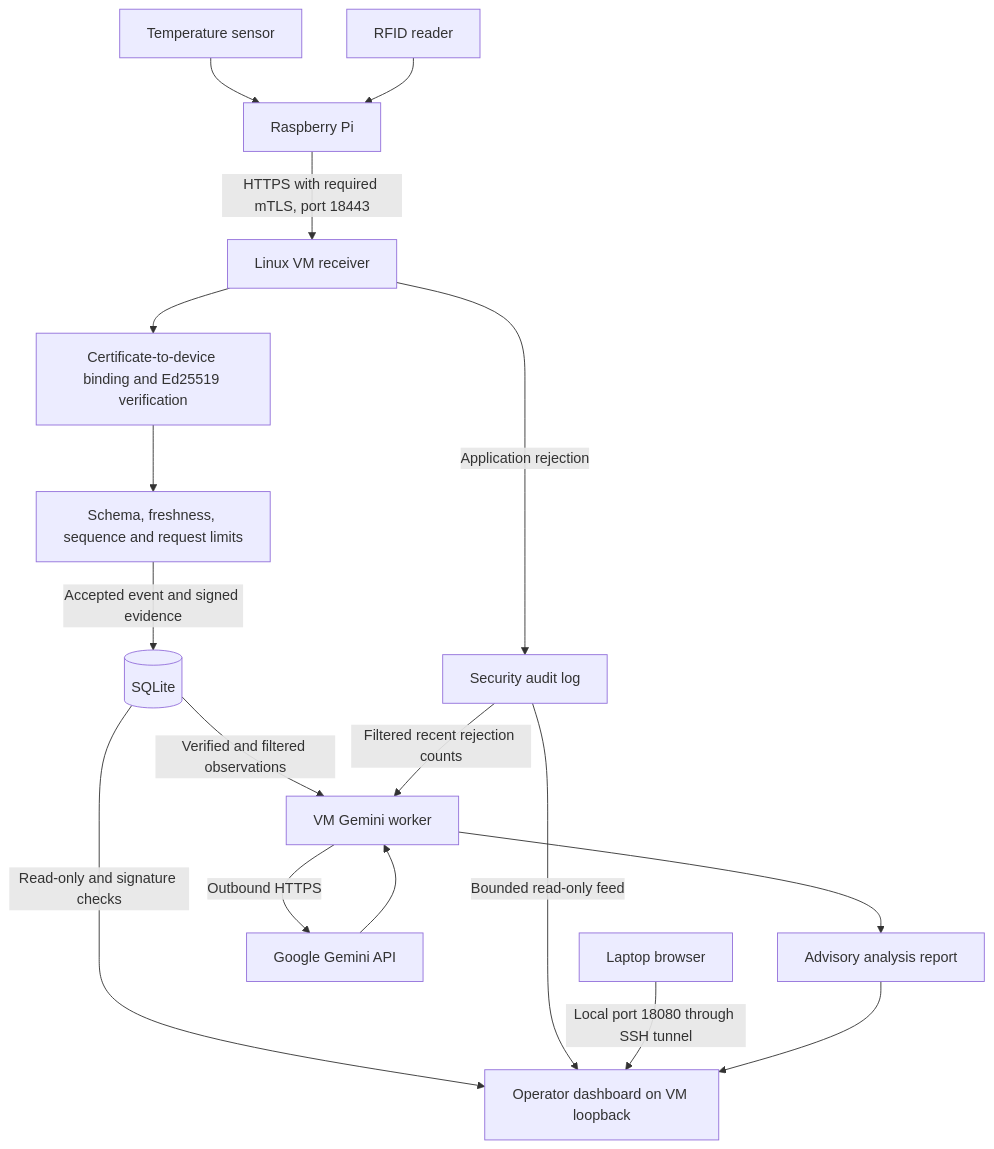
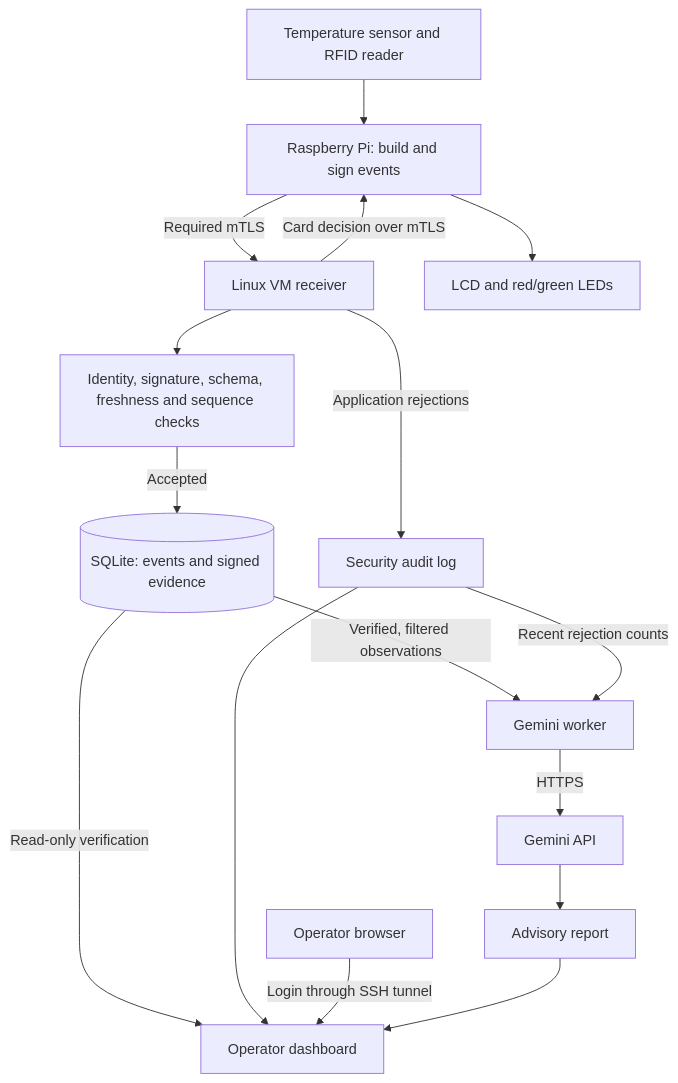
The diagram in README.md (d1msums/rack-guard), drawn with Mermaid before and after one commit. The commit also changed other lines of this file, not shown here.

````diff
--- a/README.md
+++ b/README.md
@@ -66,19 +76,18 @@
 ```mermaid
 flowchart TD
-    T[Temperature sensor] --> P[Raspberry Pi]
-    R[RFID reader] --> P
-    P -->|HTTPS with required mTLS, port 18443| V[Linux VM receiver]
-    V --> I[Certificate-to-device binding and Ed25519 verification]
-    I --> F[Schema, freshness, sequence and request limits]
-    F -->|Accepted event and signed evidence| DB[(SQLite)]
-    V -->|Application rejection| LOG[Security audit log]
-    DB -->|Read-only and signature checks| UI[Operator dashboard on VM loopback]
-    LOG -->|Bounded read-only feed| UI
-    B[Laptop browser] -->|Local port 18080 through SSH tunnel| UI
-    DB -->|Verified and filtered observations| W[VM Gemini worker]
-    LOG -->|Filtered recent rejection counts| W
-    W -->|Outbound HTTPS| G[Google Gemini API]
-    G --> W
-    W --> A[Advisory analysis report]
-    A --> UI
+    Sensors[Temperature sensor and RFID reader] --> Pi[Raspberry Pi: build and sign events]
+    Pi -->|Required mTLS| Receiver[Linux VM receiver]
+    Receiver --> Checks[Identity, signature, schema, freshness and sequence checks]
+    Checks -->|Accepted| DB[(SQLite: events and signed evidence)]
+    Receiver -->|Application rejections| Audit[Security audit log]
+    DB -->|Read-only verification| Dashboard[Operator dashboard]
+    Audit --> Dashboard
+    Operator[Operator browser] -->|Login through SSH tunnel| Dashboard
+    DB -->|Verified, filtered observations| Worker[Gemini worker]
+    Audit -->|Recent rejection counts| Worker
+    Worker -->|HTTPS| Gemini[Gemini API]
+    Gemini --> Report[Advisory report]
+    Report --> Dashboard
+    Receiver -->|Card decision over mTLS| Pi
+    Pi --> Indicators[LCD and red/green LEDs]
 ```
````
